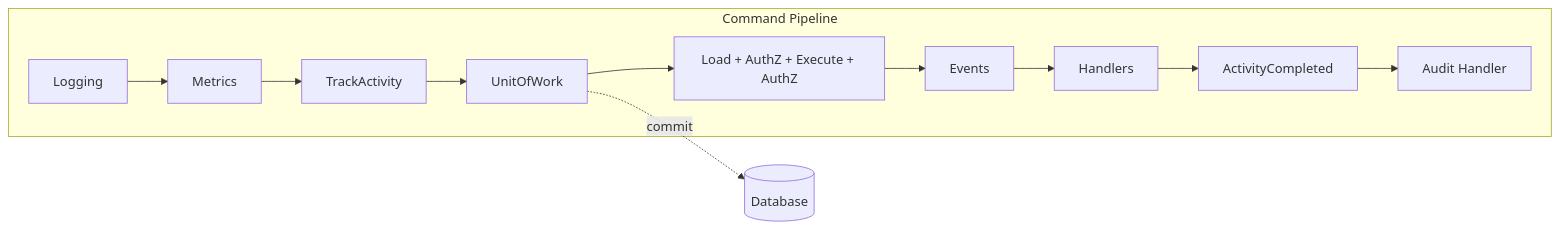
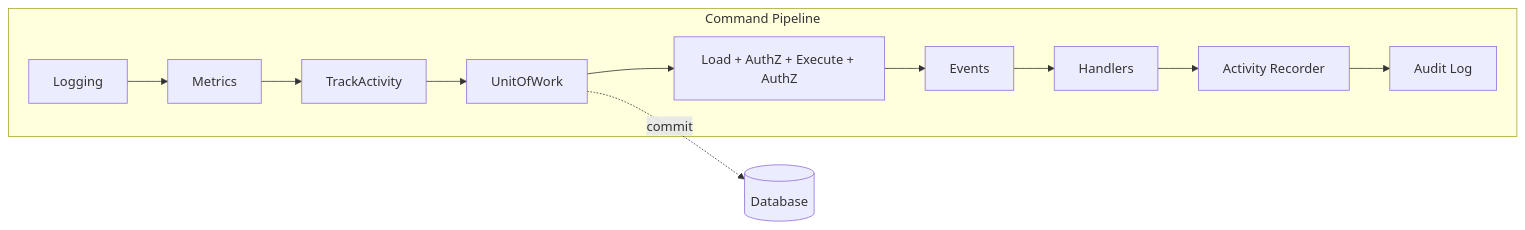
Before and after one commit to TheFellow/go-modular-monolith: the third of 5 diagrams in README.md, drawn with Mermaid. The commit also changed other lines of this file and 45 other files, not shown here.

````diff
--- a/README.md
+++ b/README.md
@@ -161,15 +163,15 @@
 ```mermaid
 flowchart LR
     subgraph Command Pipeline
         L[Logging] --> M[Metrics]
         M --> A[TrackActivity]
         A --> U[UnitOfWork]
         U --> E[Load + AuthZ + Execute + AuthZ]
         E --> EV[Events]
         EV --> H[Handlers]
-        H --> AC[ActivityCompleted]
-        AC --> AU[Audit Handler]
+        H --> R[Activity Recorder]
+        R --> AU[Audit Log]
     end
 
     U -.->|commit| DB[(Database)]
 ```
````
